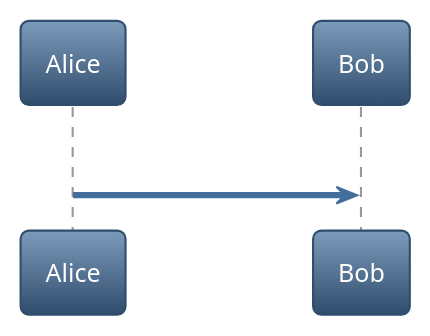
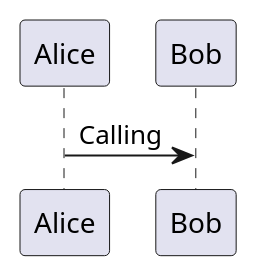
Before and after one commit to amkuipers/plantuml-experiment: the diagram in alice-bob.iuml, drawn with PlantUML.

```diff
--- a/alice-bob.iuml
+++ b/alice-bob.iuml
@@ -1,4 +1,3 @@
 @startuml
-!theme spacelab
-Alice -> Bob : call
+Alice -> Bob : Calling
 @enduml
```
